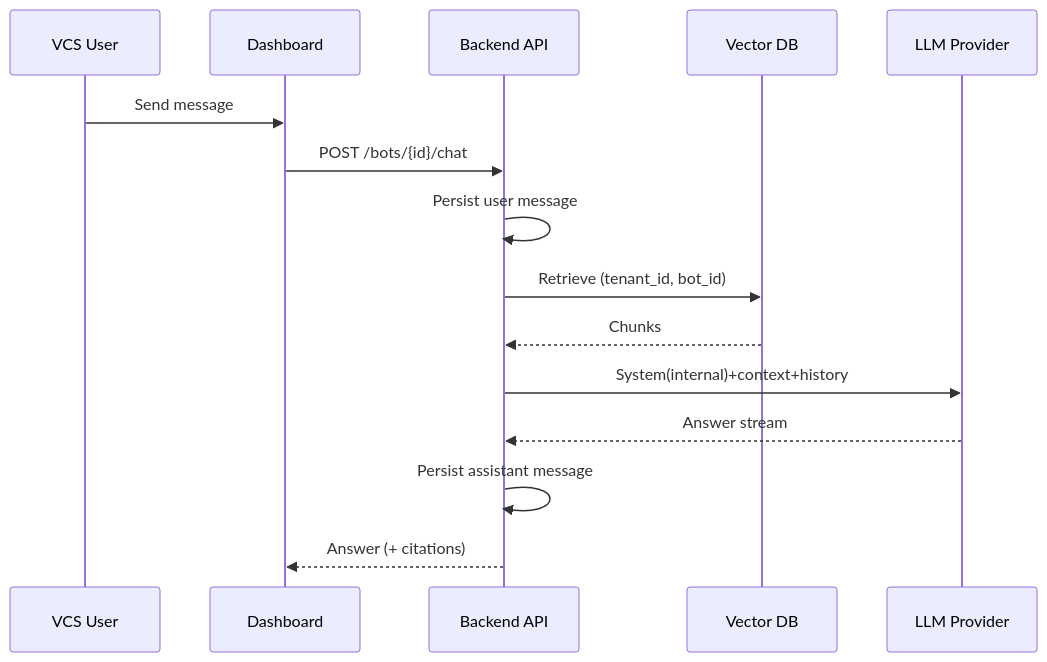
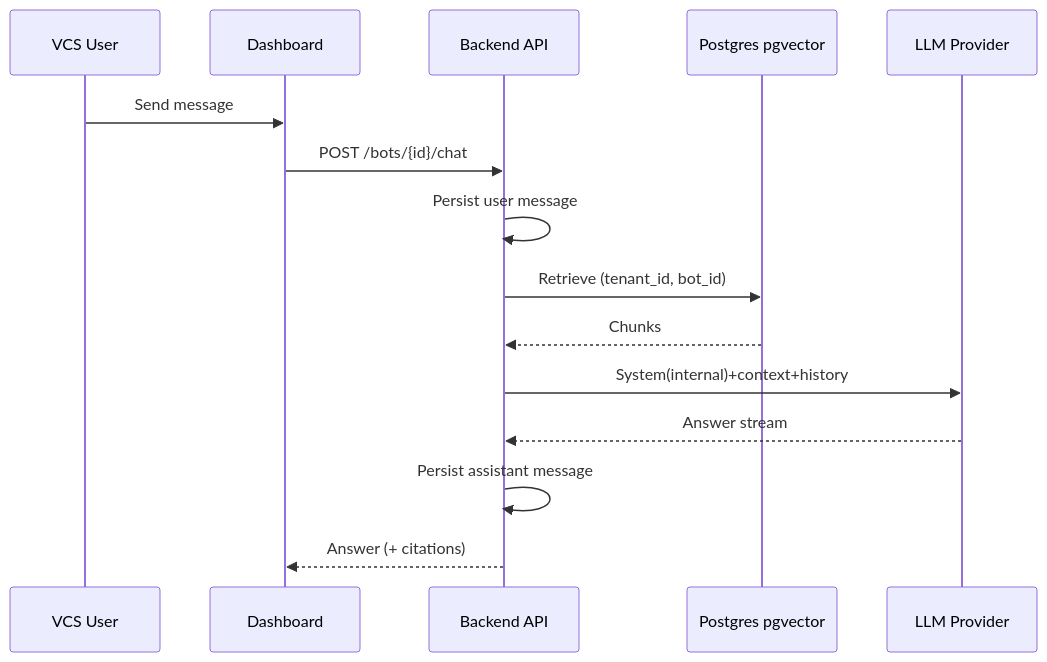
Before and after one commit to bowodev/rag: the third of 3 diagrams in docs/architecture/data-flow.md, drawn with Mermaid. The commit also changed other lines of this file and 16 other files, not shown here.

````diff
--- a/docs/architecture/data-flow.md
+++ b/docs/architecture/data-flow.md
@@ -29,18 +54,18 @@
 ```mermaid
 sequenceDiagram
   participant U as VCS User
   participant D as Dashboard
   participant API as Backend API
-  participant V as Vector DB
+  participant V as Postgres pgvector
   participant LLM as LLM Provider
 
   U->>D: Send message
   D->>API: POST /bots/{id}/chat
   API->>API: Persist user message
   API->>V: Retrieve (tenant_id, bot_id)
   V-->>API: Chunks
   API->>LLM: System(internal)+context+history
   LLM-->>API: Answer stream
   API->>API: Persist assistant message
   API-->>D: Answer (+ citations)
 ```
````
